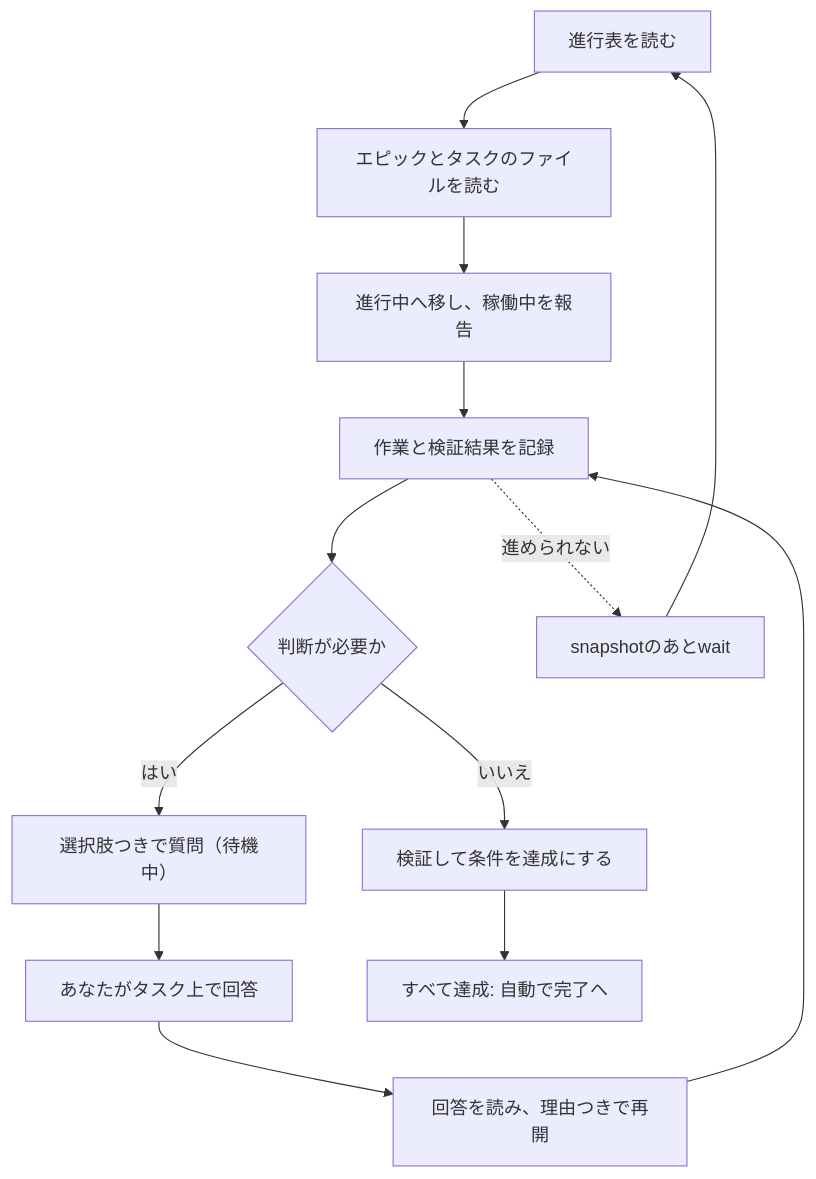
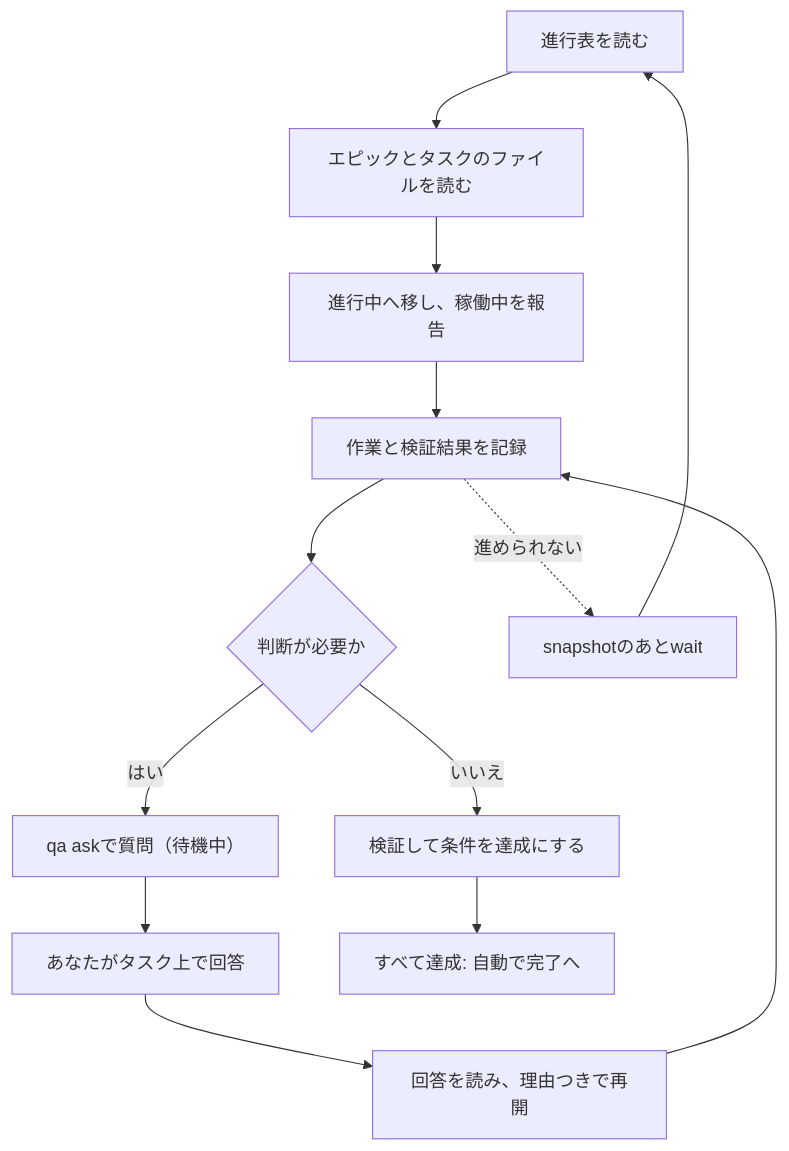
Before and after one commit to FooQoo/agent-board: the diagram in docs/ja/guide/automation/agents.md, drawn with Mermaid. The commit also changed other lines of this file and 47 other files, not shown here.

````diff
--- a/docs/ja/guide/automation/agents.md
+++ b/docs/ja/guide/automation/agents.md
@@ -105,15 +105,15 @@
 ```mermaid
 flowchart TD
     P["進行表を読む"] --> R["エピックとタスクのファイルを読む"]
     R --> D["進行中へ移し、稼働中を報告"]
     D --> L["作業と検証結果を記録"]
     L --> Q{"判断が必要か"}
-    Q -- はい --> PE["選択肢つきで質問（待機中）"]
+    Q -- はい --> PE["qa askで質問（待機中）"]
     PE --> A["あなたがタスク上で回答"]
     A --> RE["回答を読み、理由つきで再開"]
     RE --> L
     Q -- いいえ --> V["検証して条件を達成にする"]
     V --> DN["すべて達成: 自動で完了へ"]
     L -. 進められない .-> W["snapshotのあとwait"]
     W --> P
 ```
````
